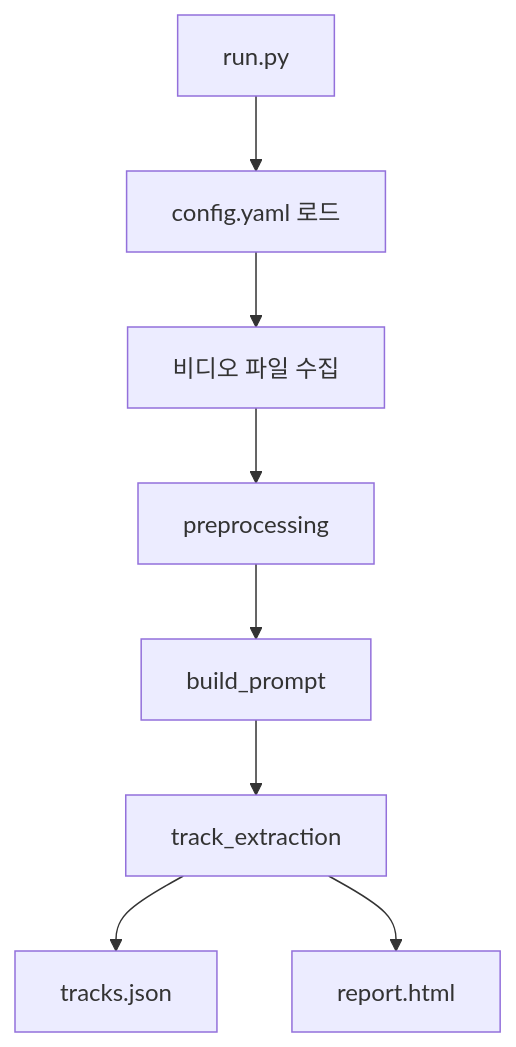
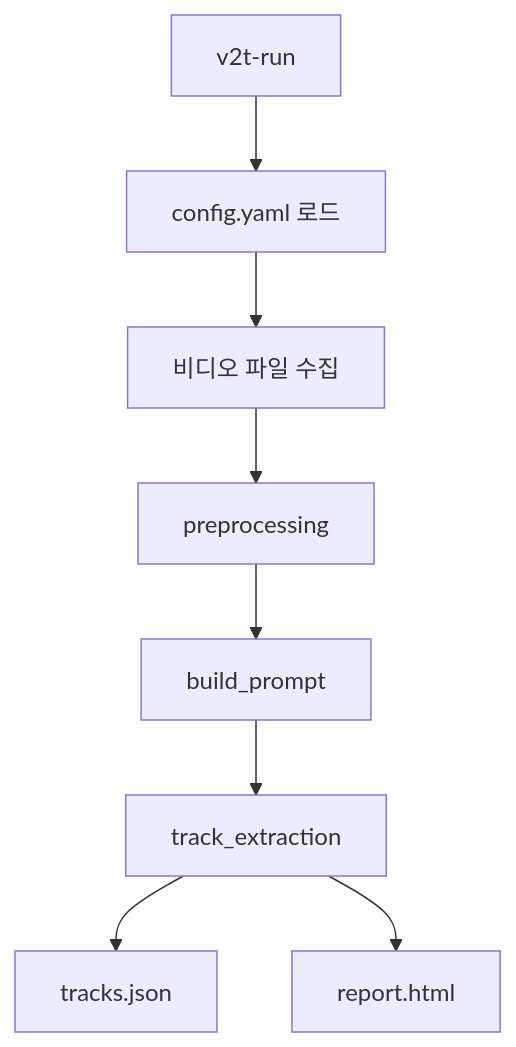
The first of 2 diagrams in README.md (gwpark0741/v2t-pipeline), drawn with Mermaid before and after one commit. The commit also changed other lines of this file and 35 other files, not shown here.

````diff
--- a/README.md
+++ b/README.md
@@ -24,10 +24,10 @@
 ```mermaid
 flowchart TD
-    A[run.py] --> B[config.yaml 로드]
+    A[v2t-run] --> B[config.yaml 로드]
     B --> C[비디오 파일 수집]
     C --> D[preprocessing]
     D --> E[build_prompt]
     E --> F[track_extraction]
     F --> G[tracks.json]
     F --> H[report.html]
 ```
````
